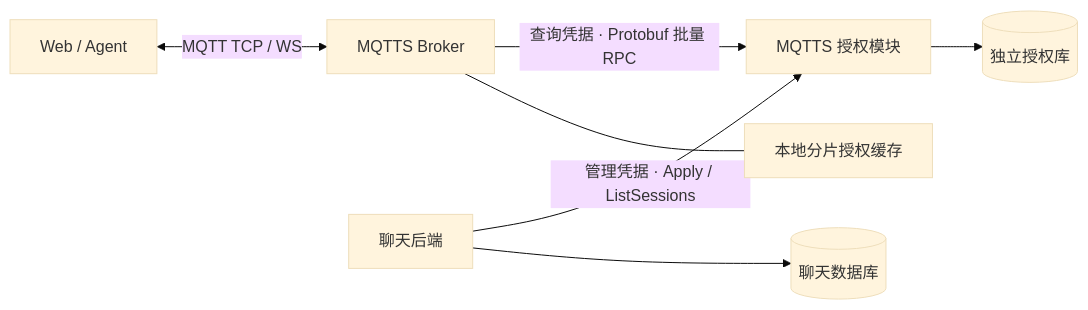
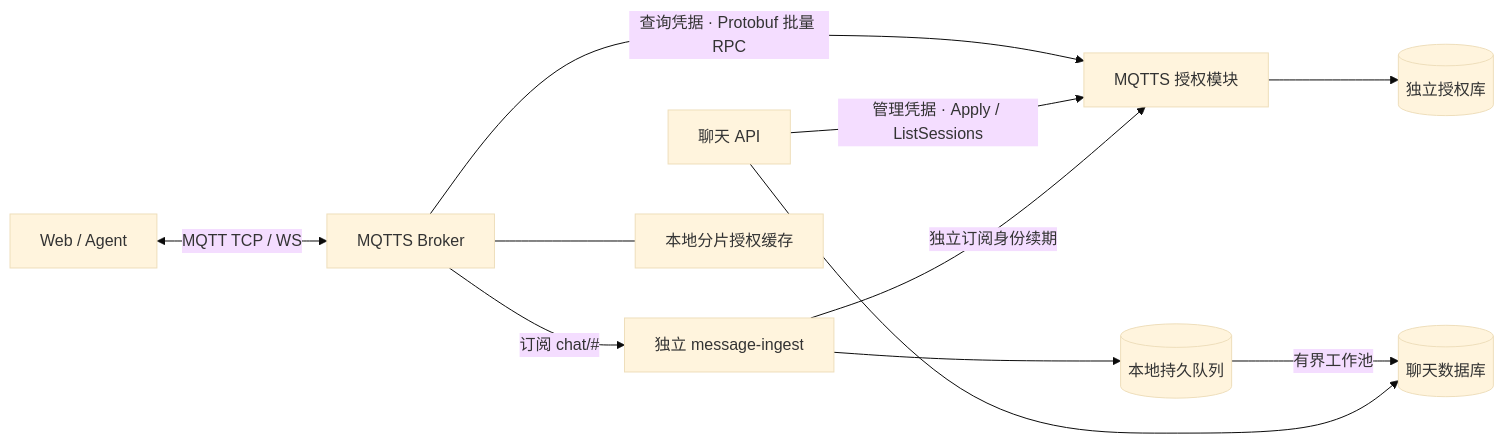
One commit to WorkClawDev/openclaw-bot-chat changed the diagram in docs/MQTTS_ACCESS.md. Above: the diagram before and after it, drawn with Mermaid (base theme). The commit also changed other lines of this file and 39 other files, not shown here.

Commit message:
Separate durable message ingestion from the chat API

````diff
--- a/docs/MQTTS_ACCESS.md
+++ b/docs/MQTTS_ACCESS.md
@@ -10,9 +10,13 @@
 ```mermaid
 flowchart LR
   UI[Web / Agent] <-->|MQTT TCP / WS| B[MQTTS Broker]
   B -->|查询凭据 · Protobuf 批量 RPC| Z[MQTTS 授权模块]
-  APP[聊天后端] -->|管理凭据 · Apply / ListSessions| Z
+  APP[聊天 API] -->|管理凭据 · Apply / ListSessions| Z
+  B -->|订阅 chat/#| I[独立 message-ingest]
+  I --> Q[(本地持久队列)]
+  Q -->|有界工作池| DB
+  I -->|独立订阅身份续期| Z
   APP --> DB[(聊天数据库)]
   Z --> P[(独立授权库)]
   B --- C[本地分片授权缓存]
 ```
````
